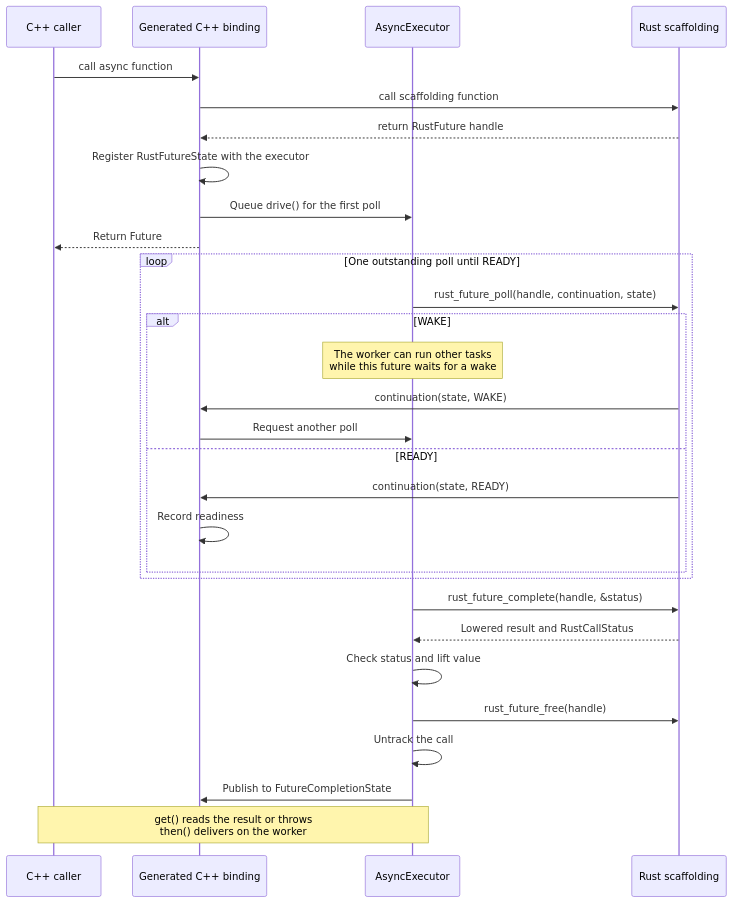
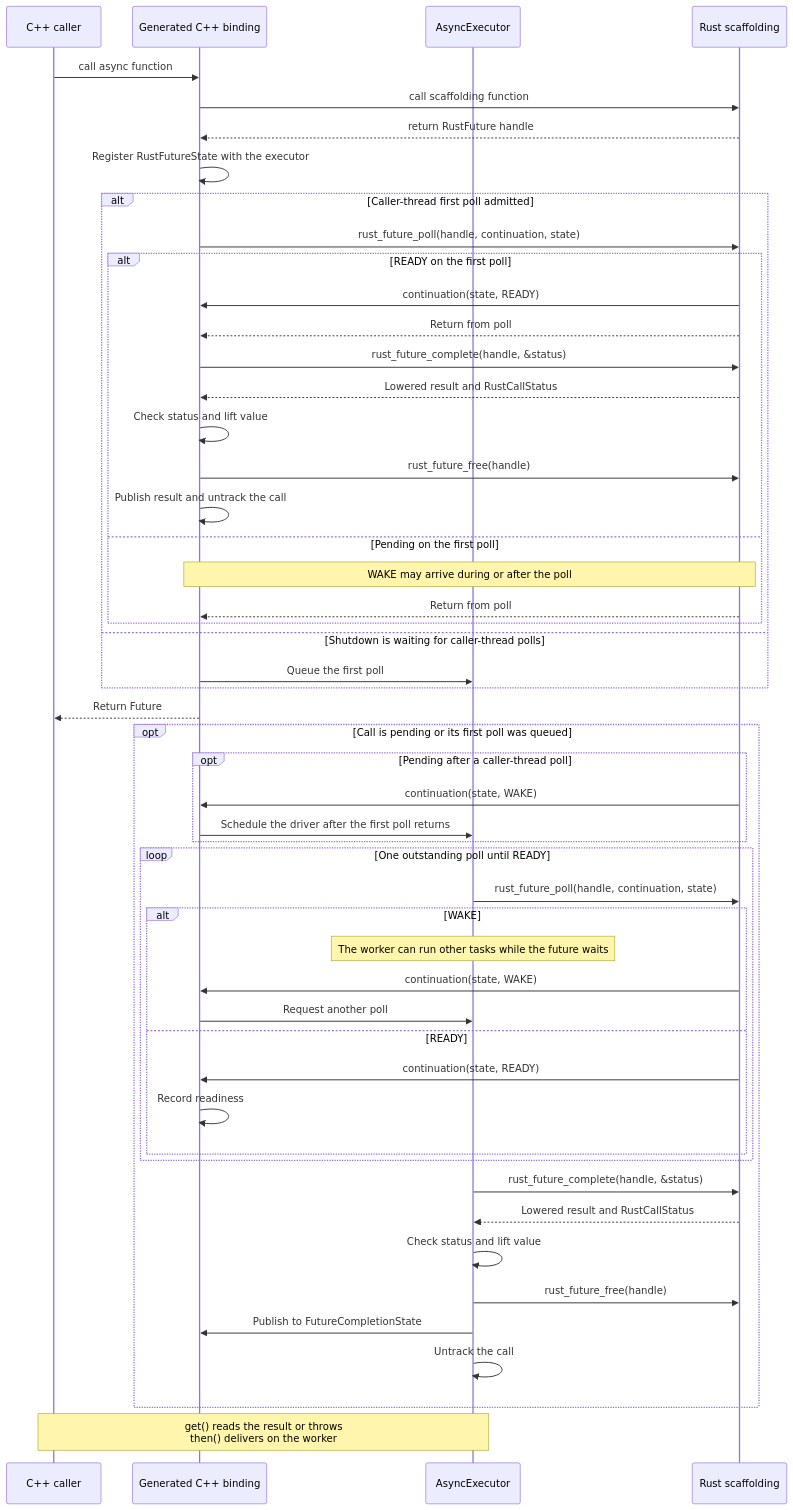
Before and after one commit to livekit/uniffi-bindgen-cpp: the first of 3 diagrams in docs/ASYNC_RUNTIME.md, drawn with Mermaid. The commit also changed other lines of this file and 1 other file, not shown here.

Commit message:
Document caller-thread polling and executor shutdown

````diff
--- a/docs/ASYNC_RUNTIME.md
+++ b/docs/ASYNC_RUNTIME.md
@@ -27,34 +29,55 @@
 ```mermaid
 sequenceDiagram
     participant C as C++ caller
     participant B as Generated C++ binding
     participant E as AsyncExecutor
     participant R as Rust scaffolding
 
     C->>B: call async function
     B->>R: call scaffolding function
     R-->>B: return RustFuture handle
     B->>B: Register RustFutureState with the executor
-    B->>E: Queue drive() for the first poll
+    alt Caller-thread first poll admitted
+        B->>R: rust_future_poll(handle, continuation, state)
+        alt READY on the first poll
+            R->>B: continuation(state, READY)
+            R-->>B: Return from poll
+            B->>R: rust_future_complete(handle, &status)
+            R-->>B: Lowered result and RustCallStatus
+            B->>B: Check status and lift value
+            B->>R: rust_future_free(handle)
+            B->>B: Publish result and untrack the call
+        else Pending on the first poll
+            Note over B,R: WAKE may arrive during or after the poll
+            R-->>B: Return from poll
+        end
+    else Shutdown is waiting for caller-thread polls
+        B->>E: Queue the first poll
+    end
     B-->>C: Return Future
 
-    loop One outstanding poll until READY
-        E->>R: rust_future_poll(handle, continuation, state)
-        alt WAKE
-            Note over E: The worker can run other tasks<br/>while this future waits for a wake
+    opt Call is pending or its first poll was queued
+        opt Pending after a caller-thread poll
             R->>B: continuation(state, WAKE)
-            B->>E: Request another poll
-        else READY
-            R->>B: continuation(state, READY)
-            B->>B: Record readiness
+            B->>E: Schedule the driver after the first poll returns
         end
+        loop One outstanding poll until READY
+            E->>R: rust_future_poll(handle, continuation, state)
+            alt WAKE
+                Note over E: The worker can run other tasks while the future waits
+                R->>B: continuation(state, WAKE)
+                B->>E: Request another poll
+            else READY
+                R->>B: continuation(state, READY)
+                B->>B: Record readiness
+            end
+        end
+        E->>R: rust_future_complete(handle, &status)
+        R-->>E: Lowered result and RustCallStatus
+        E->>E: Check status and lift value
+        E->>R: rust_future_free(handle)
+        E->>B: Publish to FutureCompletionState
+        E->>E: Untrack the call
     end
-
-    E->>R: rust_future_complete(handle, &status)
-    R-->>E: Lowered result and RustCallStatus
-    E->>E: Check status and lift value
-    E->>R: rust_future_free(handle)
-    E->>E: Untrack the call
-    E->>B: Publish to FutureCompletionState
     Note over C,E: get() reads the result or throws<br/>then() delivers on the worker
 ```
````
